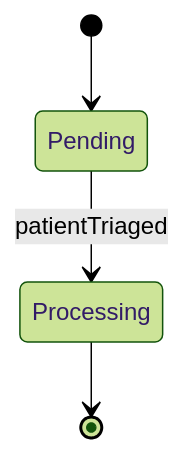
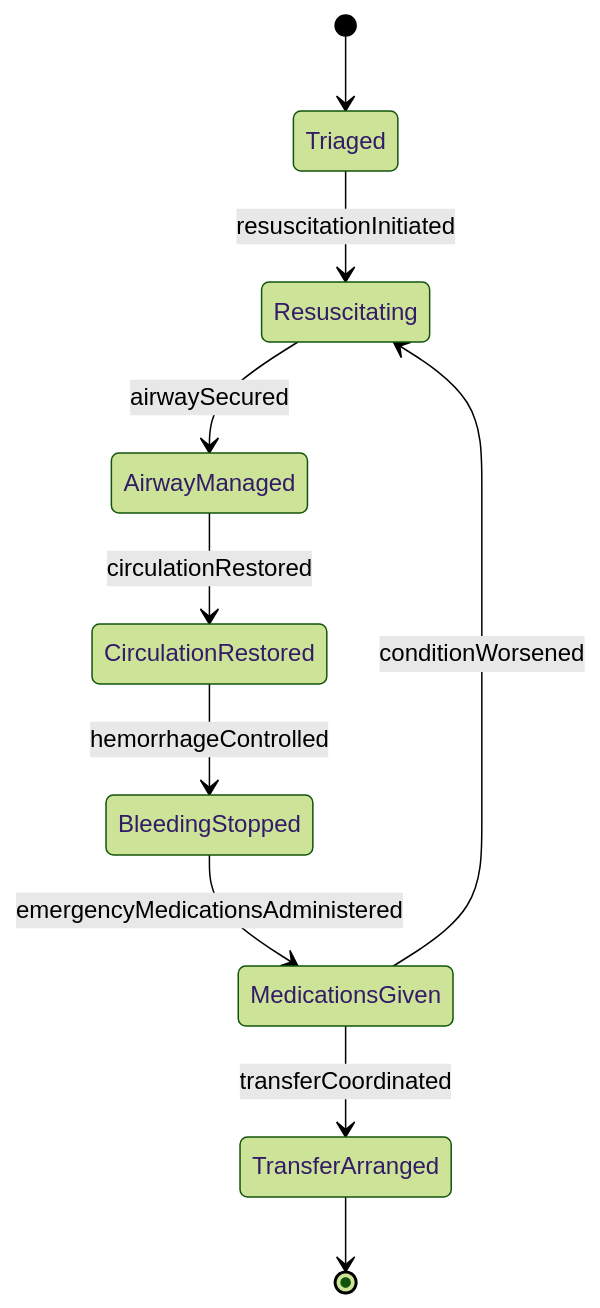
Before and after one commit to dot-org-ai/tasks.org.ai: the second of 4 diagrams in AssistingAndCaringForOthers/AdministerEmergencyMedicalTreatment/TreatMedicalEmergencies.mdx, drawn with Mermaid (forest theme). The commit also changed other lines of this file and 32 other files, not shown here.

First line of the commit message:
fix: Improve ER and State diagrams in 32 AssistingAndCaringForOthers DWA files

````diff
--- a/AssistingAndCaringForOthers/AdministerEmergencyMedicalTreatment/TreatMedicalEmergencies.mdx
+++ b/AssistingAndCaringForOthers/AdministerEmergencyMedicalTreatment/TreatMedicalEmergencies.mdx
@@ -100,6 +100,12 @@
 ```mermaid
 stateDiagram-v2
-    [*] --> Pending
-    Pending --> Processing : patientTriaged
-    Processing --> [*]
+    [*] --> Triaged
+    Triaged --> Resuscitating : resuscitationInitiated
+    Resuscitating --> AirwayManaged : airwaySecured
+    AirwayManaged --> CirculationRestored : circulationRestored
+    CirculationRestored --> BleedingStopped : hemorrhageControlled
+    BleedingStopped --> MedicationsGiven : emergencyMedicationsAdministered
+    MedicationsGiven --> Resuscitating : conditionWorsened
+    MedicationsGiven --> TransferArranged : transferCoordinated
+    TransferArranged --> [*]
 ```
````
